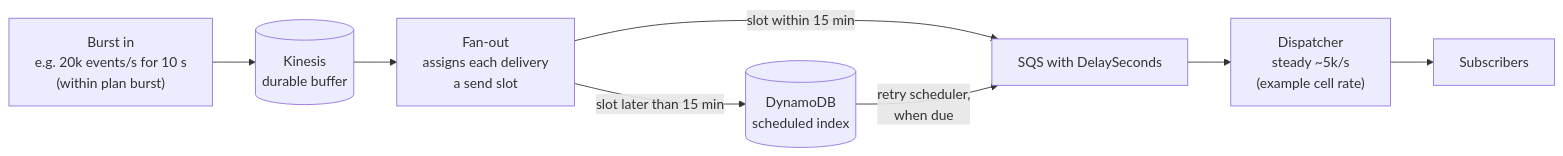
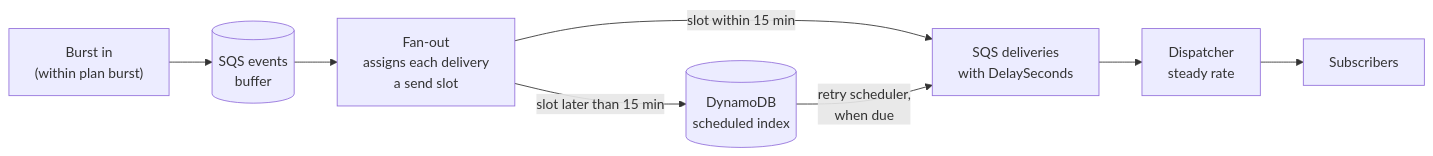
One commit to twobudgies/WebhookGateway changed the fifth of 7 diagrams in docs/architecture.md. Above: the diagram before and after it, drawn with Mermaid. The commit also changed other lines of this file and 6 other files, not shown here.

Commit message:
docs: architecture v4 - cost-first Stage 1 on SQS (no Kinesis), cost model

````diff
--- a/docs/architecture.md
+++ b/docs/architecture.md
@@ -179,10 +176,10 @@
 ```mermaid
 flowchart LR
-  B["Burst in<br/>e.g. 20k events/s for 10 s<br/>(within plan burst)"] --> K[("Kinesis<br/>durable buffer")]
-  K --> F["Fan-out<br/>assigns each delivery<br/>a send slot"]
-  F -->|"slot within 15 min"| Q["SQS with DelaySeconds"]
+  B["Burst in<br/>(within plan burst)"] --> QE[("SQS events<br/>buffer")]
+  QE --> F["Fan-out<br/>assigns each delivery<br/>a send slot"]
+  F -->|"slot within 15 min"| Q["SQS deliveries<br/>with DelaySeconds"]
   F -->|"slot later than 15 min"| DY[("DynamoDB<br/>scheduled index")]
   DY -->|"retry scheduler,<br/>when due"| Q
-  Q --> D["Dispatcher<br/>steady ~5k/s<br/>(example cell rate)"]
+  Q --> D["Dispatcher<br/>steady rate"]
   D --> S["Subscribers"]
 ```
````
